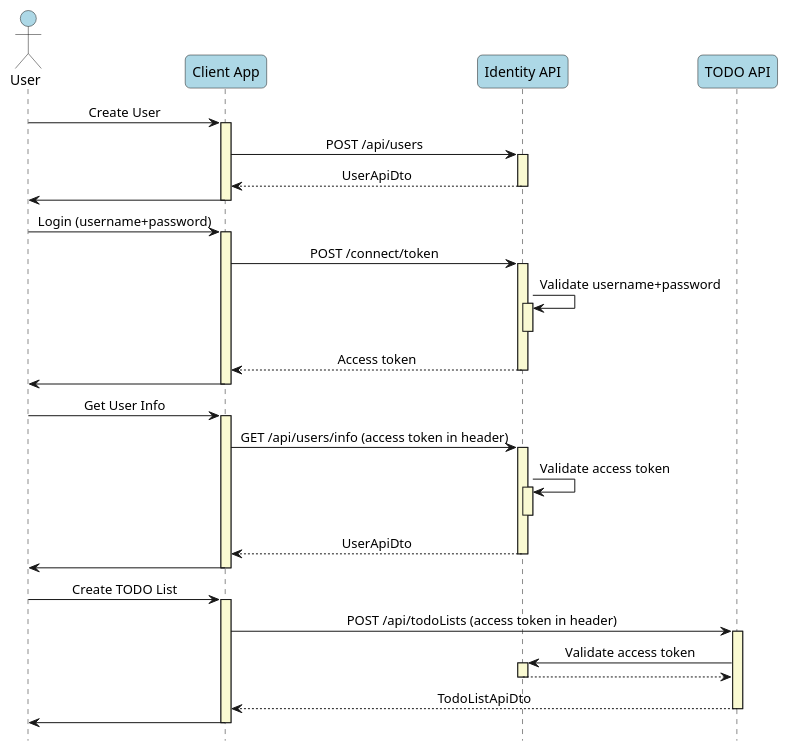
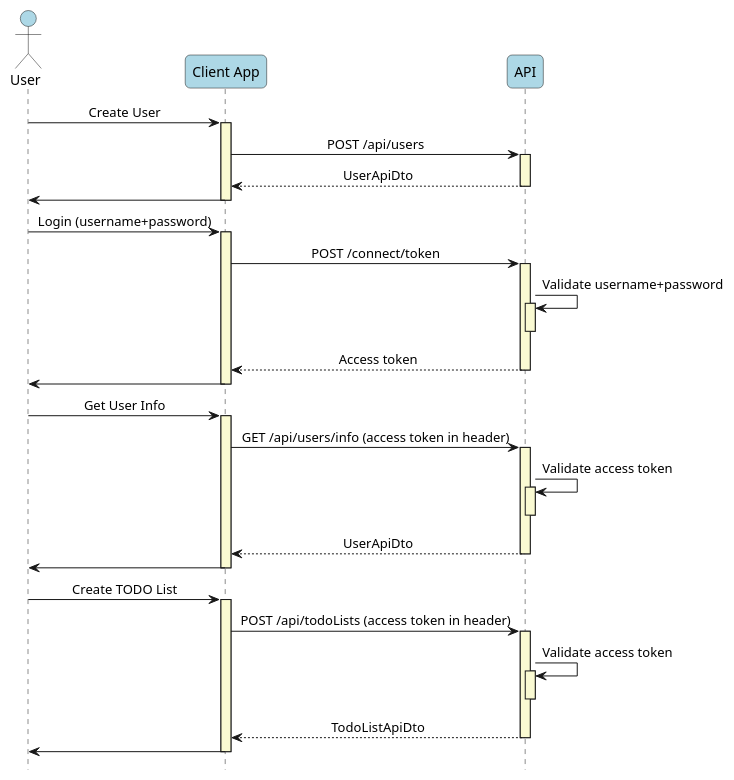
The diagram in docs/AuthSequence.pu (p-martinho/Minimal.Api.Template), drawn with PlantUML before and after one commit. The commit also changed 8 other files, not shown here.

```diff
--- a/docs/AuthSequence.pu
+++ b/docs/AuthSequence.pu
@@ -1,60 +1,57 @@
 @startuml
 
 hide footbox
 skinparam sequenceMessageAlign center
 skinparam RoundCorner 10
 skinparam ParticipantBackgroundColor #LightBlue
 skinparam DatabaseBackgroundColor #LightBlue
 skinparam ActorBackgroundColor #LightBlue
 skinparam EntityBackgroundColor #LightBlue
 skinparam SequenceLifeLineBackgroundColor #LightGoldenRodYellow
 skinparam SequenceBoxBackgroundColor #White
 
 actor User
 participant "Client App" as ClientApp
-participant "Identity API" as IdentityApi
-participant "TODO API" as TodoApi
+participant "API" as Api
 
 User -> ClientApp ++ : Create User
 
-    ClientApp -> IdentityApi ++ : POST /api/users
-    IdentityApi --> ClientApp -- : UserApiDto
+    ClientApp -> Api ++ : POST /api/users
+    Api --> ClientApp -- : UserApiDto
 
 ClientApp -> User --
 
 User -> ClientApp ++ : Login (username+password)
     
-    ClientApp -> IdentityApi ++ : POST /connect/token
+    ClientApp -> Api ++ : POST /connect/token
 
-        IdentityApi -> IdentityApi ++ : Validate username+password
-        IdentityApi --
+        Api -> Api ++ : Validate username+password
+        Api --
 
-    IdentityApi --> ClientApp -- : Access token
+    Api --> ClientApp -- : Access token
 
 ClientApp -> User --
 
 User -> ClientApp ++ : Get User Info
 
-    ClientApp -> IdentityApi ++ : GET /api/users/info (access token in header)
+    ClientApp -> Api ++ : GET /api/users/info (access token in header)
     
-        IdentityApi -> IdentityApi ++ : Validate access token
-        IdentityApi --
+        Api -> Api ++ : Validate access token
+        Api --
     
-    IdentityApi --> ClientApp -- : UserApiDto
+    Api --> ClientApp -- : UserApiDto
 
 ClientApp -> User --
 
 User -> ClientApp ++ : Create TODO List
 
-    ClientApp -> TodoApi ++ : POST /api/todoLists (access token in header)
+    ClientApp -> Api ++ : POST /api/todoLists (access token in header)
 
-        TodoApi -> IdentityApi ++ : Validate access token
-        IdentityApi --> TodoApi --
+        Api -> Api ++ : Validate access token
+        Api --
 
-    TodoApi --> ClientApp -- : TodoListApiDto
+    Api --> ClientApp -- : TodoListApiDto
 
 ClientApp -> User --
 
-
-
 @enduml
```
